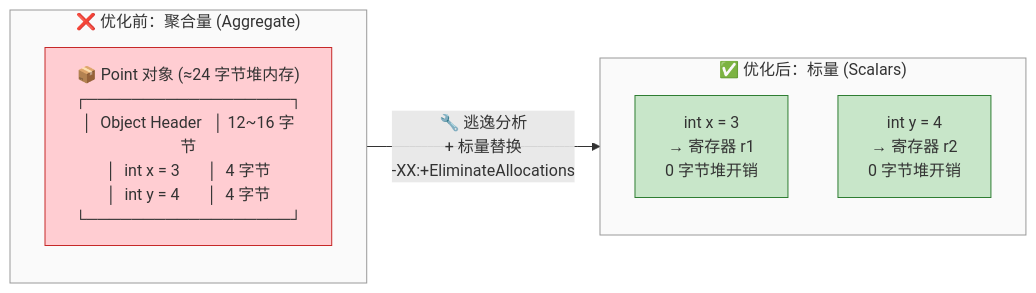
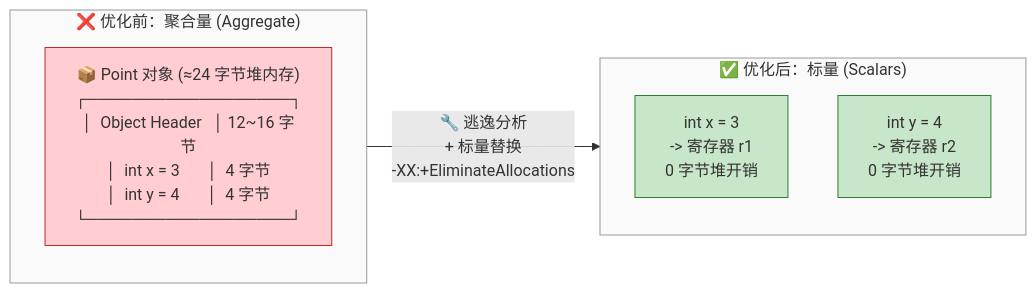
The fifth of 7 diagrams in content/posts/JVM/JVM内存模型深度拆解.md (guozy502/my-tech-blog), drawn with Mermaid before and after one commit. The commit also changed other lines of this file and 59 other files, not shown here.

Commit message:
chore(blog): 调整图片

````diff
--- a/content/posts/JVM/JVM内存模型深度拆解.md
+++ b/content/posts/JVM/JVM内存模型深度拆解.md
@@ -184,19 +184,19 @@
 ```mermaid
 flowchart LR
     subgraph before["❌ 优化前：聚合量 (Aggregate)"]
         OBJ["📦 Point 对象 (≈24 字节堆内存)\n┌──────────────────┐\n│  Object Header   │ 12~16 字节\n│  int x = 3       │  4 字节\n│  int y = 4       │  4 字节\n└──────────────────┘"]
     end
     
     subgraph after["✅ 优化后：标量 (Scalars)"]
-        S1["int x = 3\n→ 寄存器 r1\n0 字节堆开销"]
-        S2["int y = 4\n→ 寄存器 r2\n0 字节堆开销"]
+        S1["int x = 3\n-> 寄存器 r1\n0 字节堆开销"]
+        S2["int y = 4\n-> 寄存器 r2\n0 字节堆开销"]
     end
     
     before -->|"🔧 逃逸分析\n+ 标量替换\n-XX:+EliminateAllocations"| after
     
     style OBJ fill:#ffcdd2,stroke:#c62828
     style S1 fill:#c8e6c9,stroke:#2e7d32
     style S2 fill:#c8e6c9,stroke:#2e7d32
     style before fill:#fafafa,stroke:#999
     style after fill:#fafafa,stroke:#999
 ```
````
